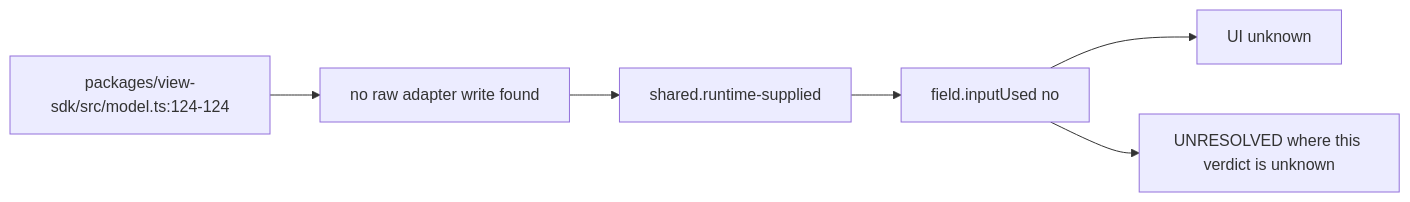
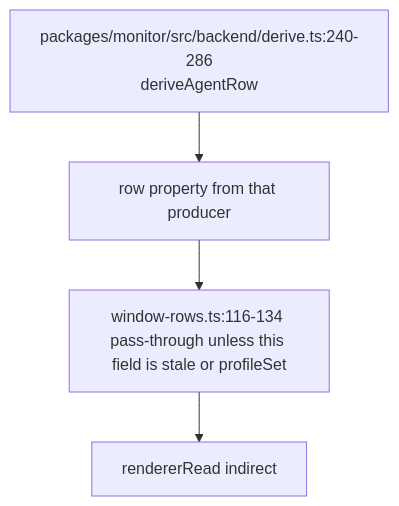
One commit to vibefield/vibefield changed the diagram in audit/godview/evidence/copilot/inputUsed.mmd. Above: the diagram before and after it, drawn with Mermaid. The commit also changed 1665 other files, not shown here.

```diff
--- a/audit/godview/evidence/copilot/inputUsed.mmd
+++ b/audit/godview/evidence/copilot/inputUsed.mmd
@@ -1,13 +1,9 @@
-%% graph_ref: shared.runtime-supplied
-%% adapter: copilot
 %% field: field.inputUsed
-%% forensic: source-read at 748d015; not a live sample
-flowchart LR
-  src["packages/view-sdk/src/model.ts:124-124"]
-  raw["no raw adapter write found"]
-  shared["shared.runtime-supplied"]
-  row["field.inputUsed no"]
-  ui["UI unknown"]
-  src --> raw --> shared --> row --> ui
-  open["UNRESOLVED where this verdict is unknown"]
-  row --> open
+%% sourceScope: absent
+%% staticPresence: omitted
+%% liveObserved: false
+flowchart TD
+  producer["packages/monitor/src/backend/derive.ts:240-286\nderiveAgentRow"]
+  producer --> row["row property from that producer"]
+  row --> window["window-rows.ts:116-134 pass-through unless this field is stale or profileSet"]
+  window --> reader["rendererRead indirect"]
```
